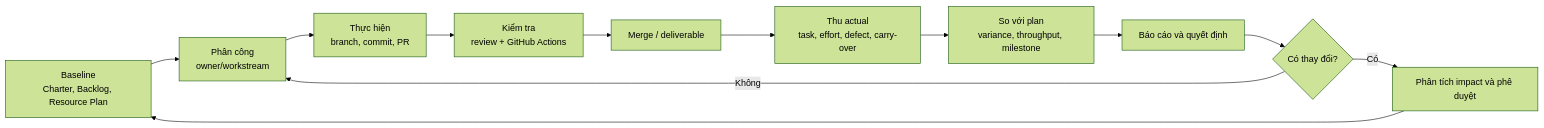
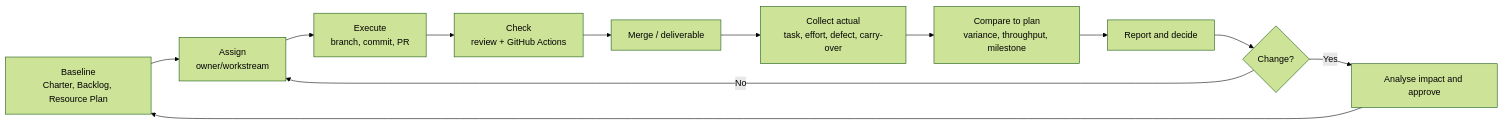
Before and after one commit to tnnhuaa/InterviewQuestionBank: the diagram in docs/Oral_Exam/Q17_monitoring-and-control/Monitoring_Control_Report.md, drawn with Mermaid (forest theme). The commit also changed other lines of this file and 24 other files, not shown here.

````diff
--- a/docs/Oral_Exam/Q17_monitoring-and-control/Monitoring_Control_Report.md
+++ b/docs/Oral_Exam/Q17_monitoring-and-control/Monitoring_Control_Report.md
@@ -39,14 +39,14 @@
 ```mermaid
 flowchart LR
-    B["Baseline<br/>Charter, Backlog, Resource Plan"] --> A["Phân công<br/>owner/workstream"]
-    A --> T["Thực hiện<br/>branch, commit, PR"]
-    T --> Q["Kiểm tra<br/>review + GitHub Actions"]
+    B["Baseline<br/>Charter, Backlog, Resource Plan"] --> A["Assign<br/>owner/workstream"]
+    A --> T["Execute<br/>branch, commit, PR"]
+    T --> Q["Check<br/>review + GitHub Actions"]
     Q --> M["Merge / deliverable"]
-    M --> D["Thu actual<br/>task, effort, defect, carry-over"]
-    D --> E["So với plan<br/>variance, throughput, milestone"]
-    E --> R["Báo cáo và quyết định"]
-    R --> C{"Có thay đổi?"}
-    C -- "Có" --> X["Phân tích impact và phê duyệt"]
+    M --> D["Collect actual<br/>task, effort, defect, carry-over"]
+    D --> E["Compare to plan<br/>variance, throughput, milestone"]
+    E --> R["Report and decide"]
+    R --> C{"Change?"}
+    C -- "Yes" --> X["Analyse impact and approve"]
     X --> B
-    C -- "Không" --> A
+    C -- "No" --> A
 ```
````
